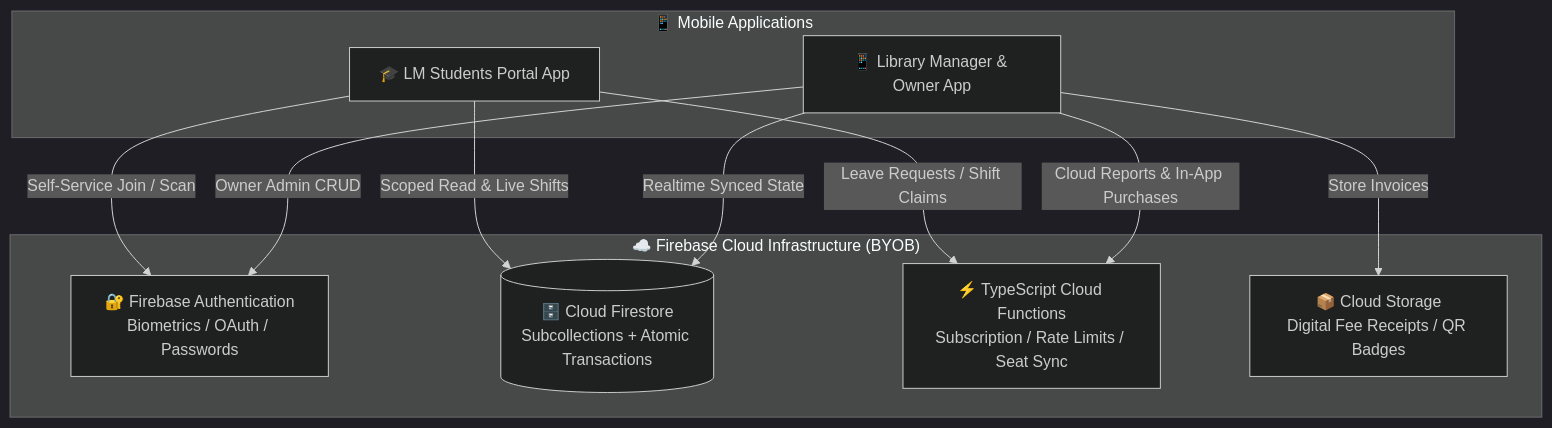
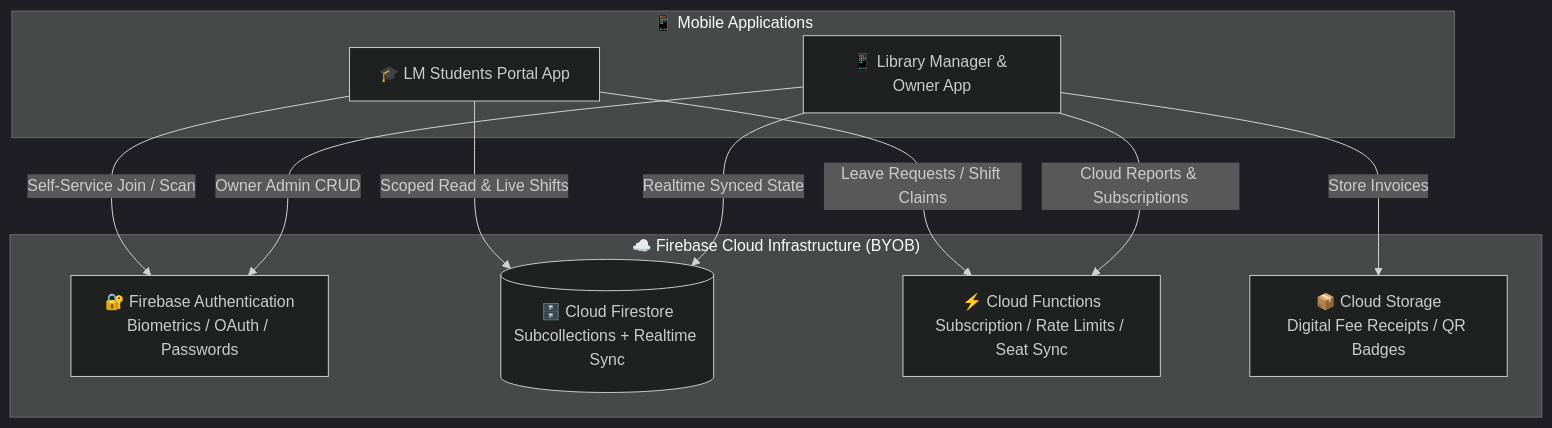
One commit to OPSHARP/library-manager-ecosystem changed the diagram in README.md. Above: the diagram before and after it, drawn with Mermaid (dark theme). The commit also changed other lines of this file and 101 other files, not shown here.

````diff
--- a/README.md
+++ b/README.md
@@ -97,23 +88,23 @@
 ```mermaid
 graph TD
     subgraph Clients ["📱 Mobile Applications"]
         OA["📱 Library Manager & Owner App"]
         SA["🎓 LM Students Portal App"]
     end
 
     subgraph Backend ["☁️ Firebase Cloud Infrastructure (BYOB)"]
         AUTH["🔐 Firebase Authentication<br/>Biometrics / OAuth / Passwords"]
-        FS[("🗄️ Cloud Firestore<br/>Subcollections + Atomic Transactions")]
-        CF["⚡ TypeScript Cloud Functions<br/>Subscription / Rate Limits / Seat Sync"]
+        FS[("🗄️ Cloud Firestore<br/>Subcollections + Realtime Sync")]
+        CF["⚡ Cloud Functions<br/>Subscription / Rate Limits / Seat Sync"]
         ST["📦 Cloud Storage<br/>Digital Fee Receipts / QR Badges"]
     end
 
     OA -->|Owner Admin CRUD| AUTH
     OA -->|Realtime Synced State| FS
-    OA -->|Cloud Reports & In-App Purchases| CF
+    OA -->|Cloud Reports & Subscriptions| CF
     OA -->|Store Invoices| ST
 
     SA -->|Self-Service Join / Scan| AUTH
     SA -->|Scoped Read & Live Shifts| FS
     SA -->|Leave Requests / Shift Claims| CF
 ```
````
